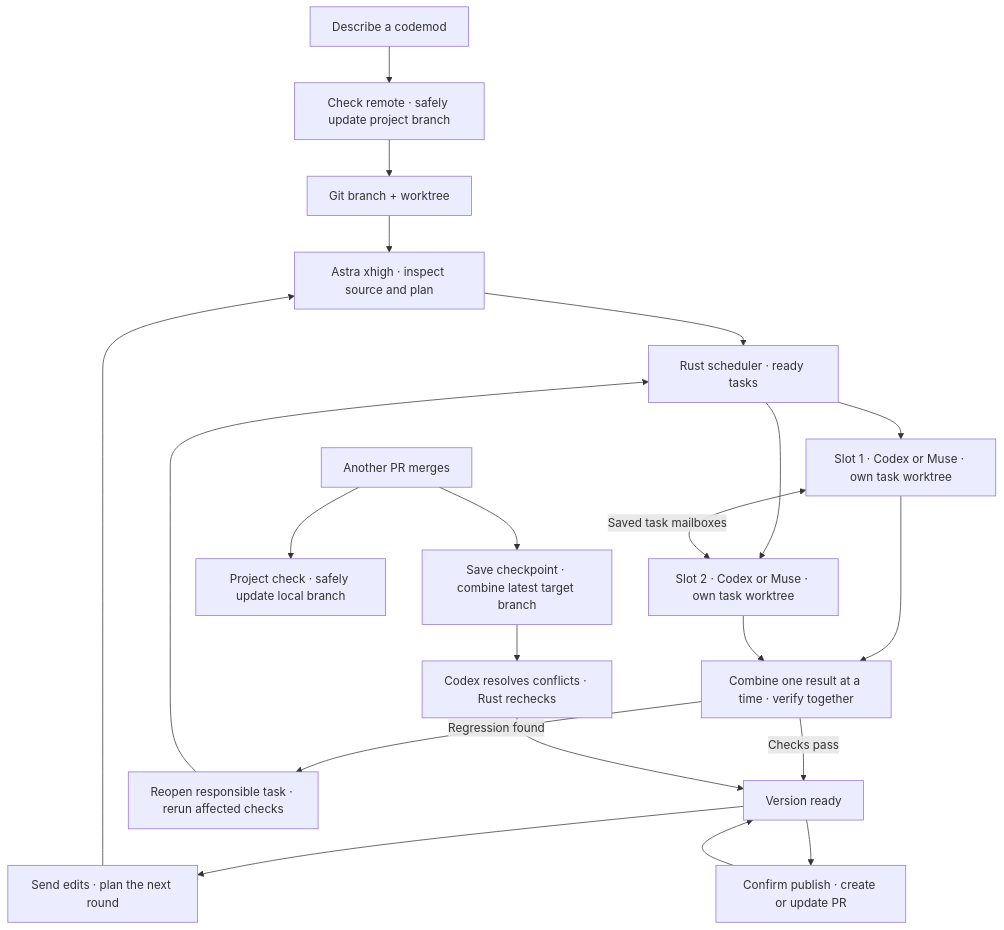
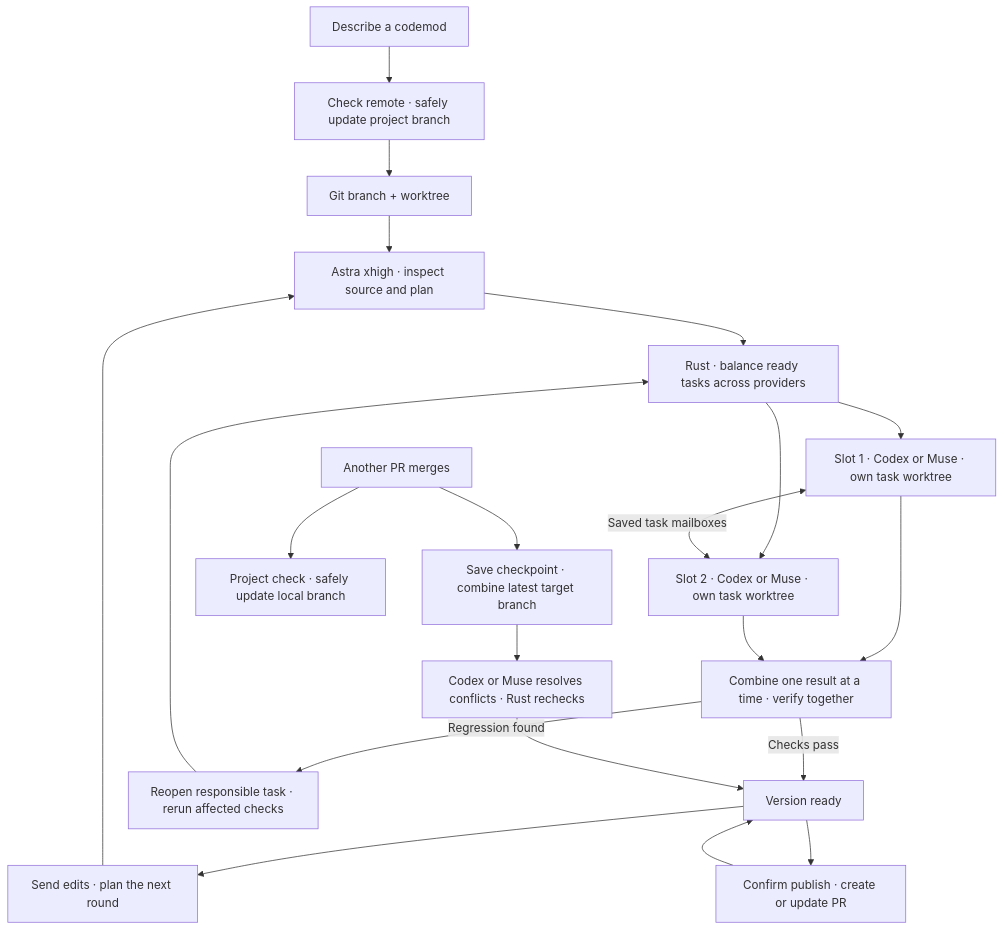
Before and after one commit to minimumeffort-dev/sprowt.harness: the diagram in README.md, drawn with Mermaid. The commit also changed other lines of this file and 14 other files, not shown here.

Commit message:
Balance ready tasks across Codex and Muse

````diff
--- a/README.md
+++ b/README.md
@@ -36,23 +36,23 @@
 ```mermaid
 flowchart TB
     goal["Describe a codemod"] --> sync["Check remote · safely update project branch"]
     sync --> setup["Git branch + worktree"]
     setup --> planner["Astra xhigh · inspect source and plan"]
-    planner --> schedule["Rust scheduler · ready tasks"]
+    planner --> schedule["Rust · balance ready tasks across providers"]
     schedule --> first["Slot 1 · Codex or Muse · own task worktree"]
     schedule --> second["Slot 2 · Codex or Muse · own task worktree"]
     first <-->|"Saved task mailboxes"| second
     first --> combine["Combine one result at a time · verify together"]
     second --> combine
     combine -->|"Checks pass"| ready["Version ready"]
     combine -->|"Regression found"| repair["Reopen responsible task · rerun affected checks"]
     repair --> schedule
     ready --> edits["Send edits · plan the next round"]
     edits --> planner
     ready --> publish["Confirm publish · create or update PR"]
     publish --> ready
     upstream["Another PR merges"] --> update["Save checkpoint · combine latest target branch"]
     upstream --> local["Project check · safely update local branch"]
-    update --> verify["Codex resolves conflicts · Rust rechecks"]
+    update --> verify["Codex or Muse resolves conflicts · Rust rechecks"]
     verify --> ready
 ```
````
